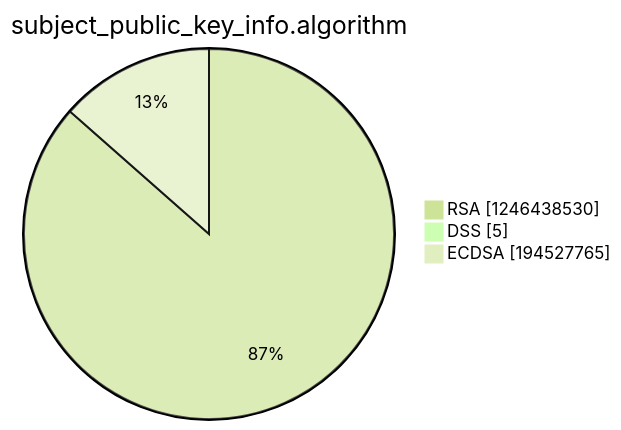
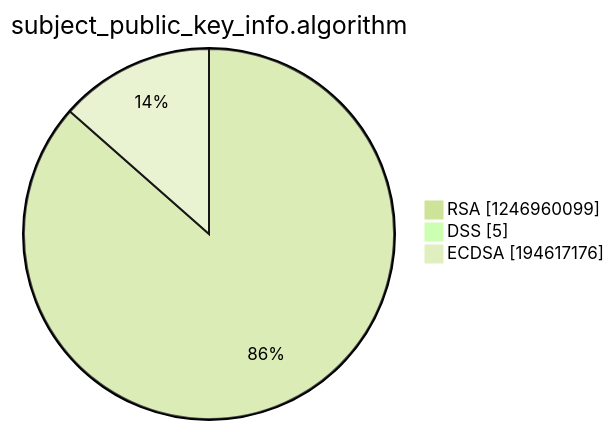
Before and after one commit to christiankrug/ctmonitor_visualization: the third of 15 diagrams in argon2022/README.md, drawn with Mermaid (forest theme). The commit also changed other lines of this file, not shown here.

````diff
--- a/argon2022/README.md
+++ b/argon2022/README.md
@@ -14,7 +14,7 @@
 ```mermaid
 pie showData
 title subject_public_key_info.algorithm
-"RSA" :1246438530
+"RSA" :1246960099
 "DSS" :5
-"ECDSA" :194527765
+"ECDSA" :194617176
 ```
````
